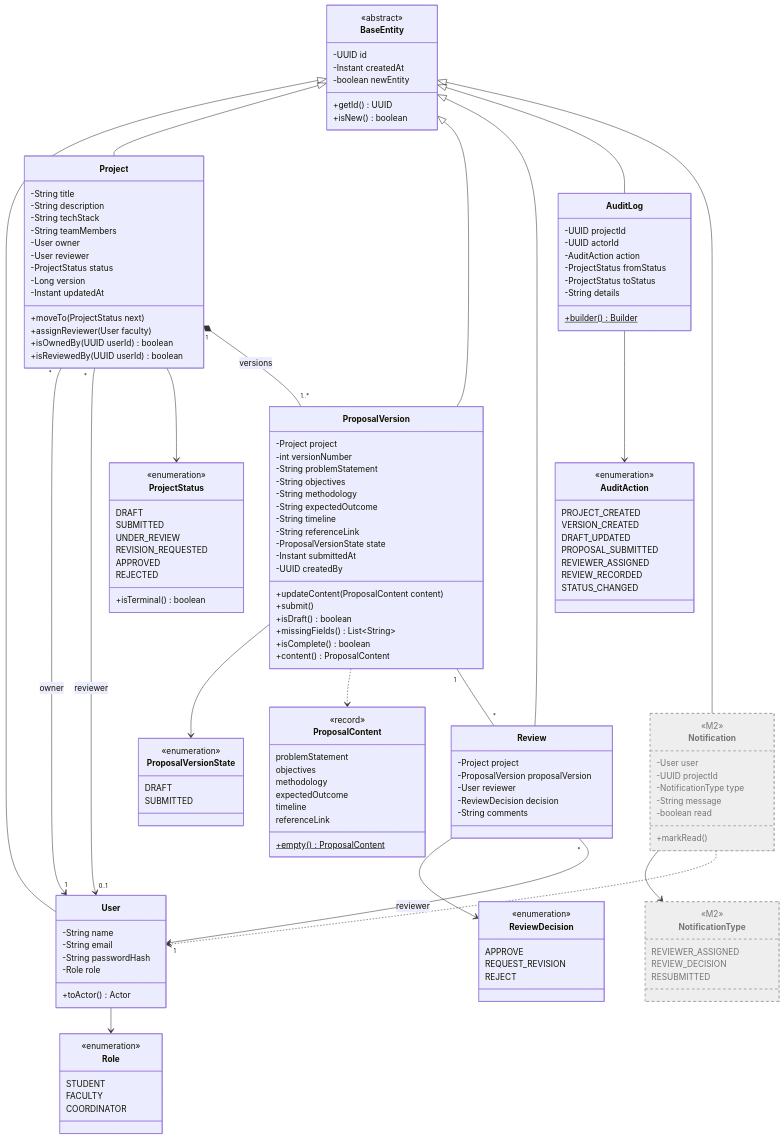
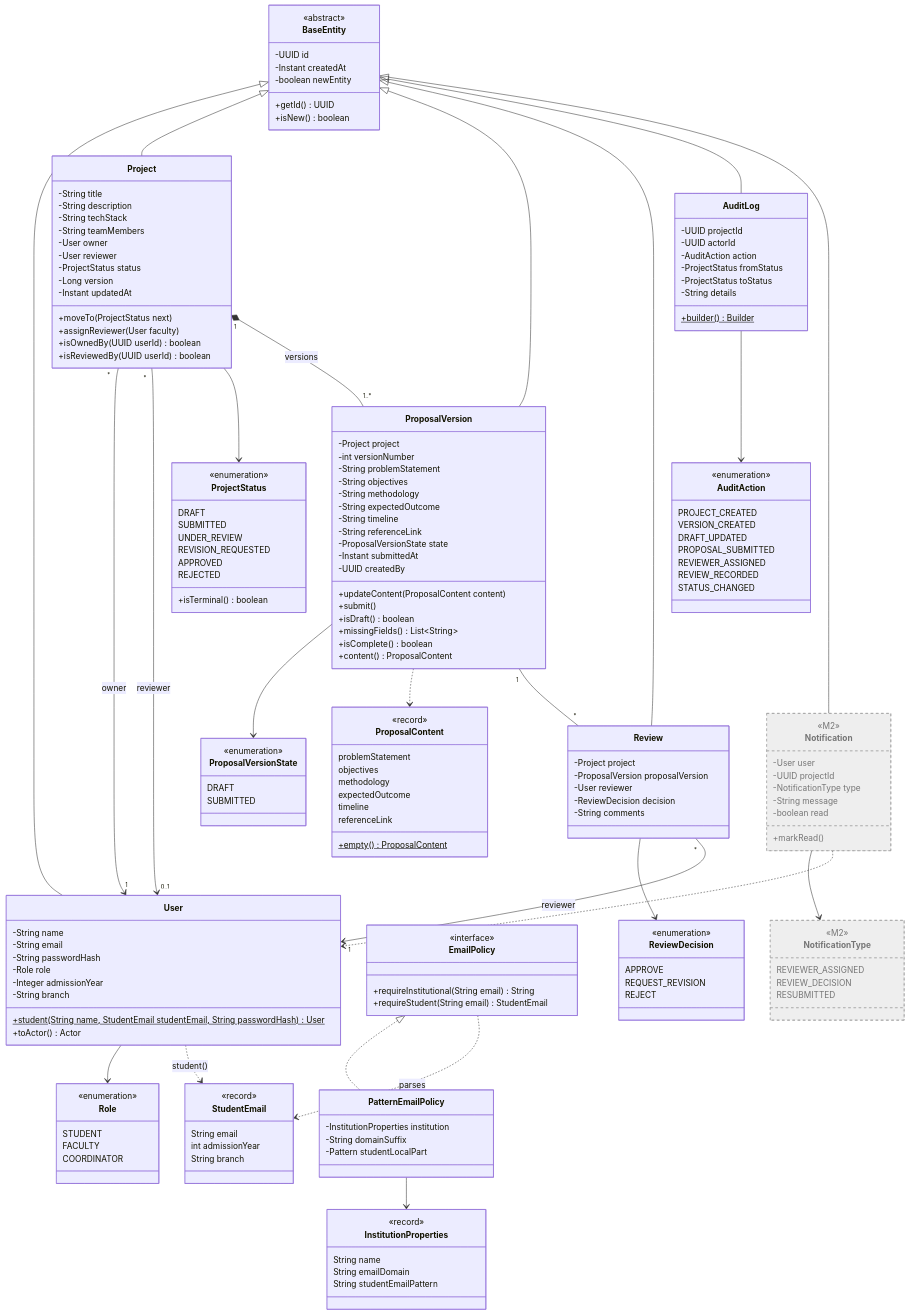
The second of 12 diagrams in docs/diagrams.md (udita-0707/Prastaav), drawn with Mermaid before and after one commit. The commit also changed other lines of this file and 7 other files, not shown here.

Commit message:
docs(auth): institution profile, email policy and demo accounts

```diff
--- a/docs/diagrams.md
+++ b/docs/diagrams.md
@@ -53,7 +53,32 @@
     -String email
     -String passwordHash
     -Role role
+    -Integer admissionYear
+    -String branch
+    +student(String name, StudentEmail studentEmail, String passwordHash)$ User
     +toActor() Actor
+  }
+  class StudentEmail {
+    <<record>>
+    String email
+    int admissionYear
+    String branch
+  }
+  class EmailPolicy {
+    <<interface>>
+    +requireInstitutional(String email) String
+    +requireStudent(String email) StudentEmail
+  }
+  class PatternEmailPolicy {
+    -InstitutionProperties institution
+    -String domainSuffix
+    -Pattern studentLocalPart
+  }
+  class InstitutionProperties {
+    <<record>>
+    String name
+    String emailDomain
+    String studentEmailPattern
   }
   class Role {
     <<enumeration>>
@@ -174,6 +199,10 @@
   BaseEntity <|-- AuditLog
   BaseEntity <|-- Notification
   User --> Role
+  User ..> StudentEmail : student()
+  EmailPolicy <|.. PatternEmailPolicy
+  PatternEmailPolicy --> InstitutionProperties
+  EmailPolicy ..> StudentEmail : parses
   Project "*" --> "1" User : owner
   Project "*" --> "0..1" User : reviewer
   Project --> ProjectStatus
```
